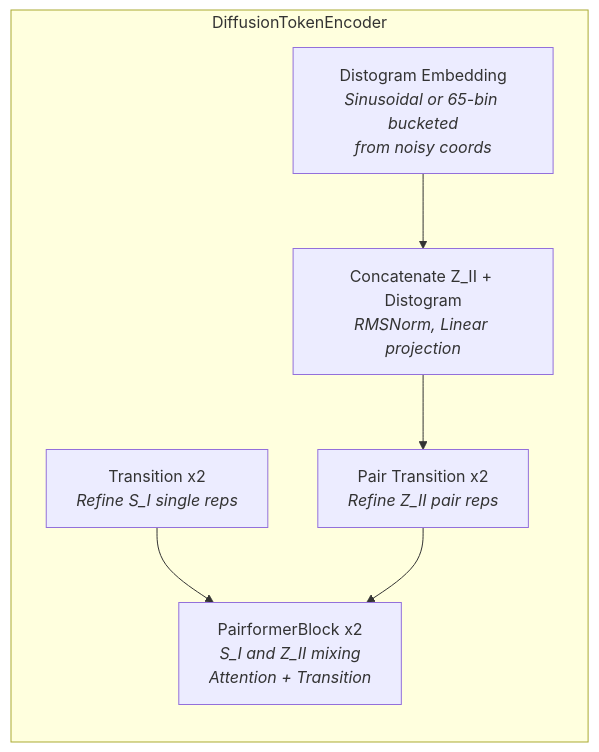
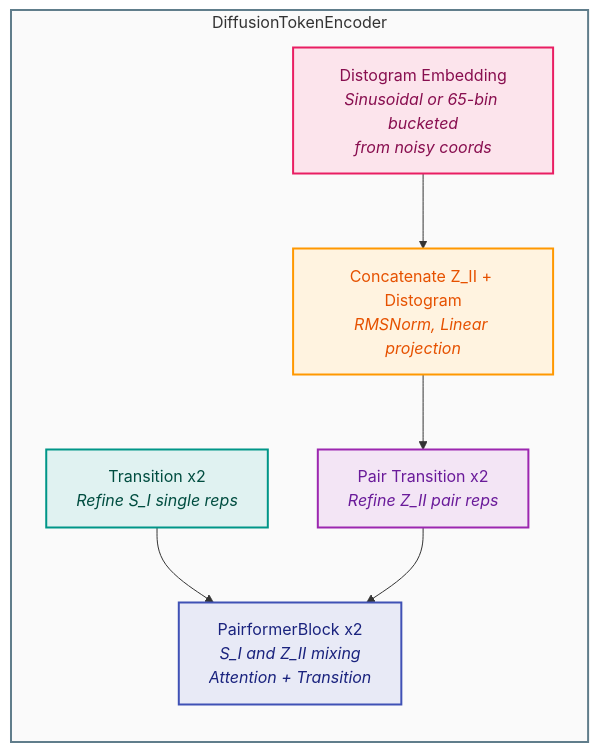
Before and after one commit to RTae/foundry: the fifth of 5 diagrams in models/rfd3/RFD3_architecture_mermaid.md, drawn with Mermaid. The commit also changed other lines of this file, not shown here.

Commit message:
refactor: enhance styling for clarity in RFD3 model architecture diagrams

````diff
--- a/models/rfd3/RFD3_architecture_mermaid.md
+++ b/models/rfd3/RFD3_architecture_mermaid.md
@@ -132,13 +167,20 @@
 ```mermaid
 flowchart TD
     subgraph DiffusionTokenEncoder["DiffusionTokenEncoder"]
         direction TB
         D1[Transition x2<br><i>Refine S_I single reps</i>]
         D2[Distogram Embedding<br><i>Sinusoidal or 65-bin bucketed<br>from noisy coords</i>]
         D3[Concatenate Z_II + Distogram<br><i>RMSNorm, Linear projection</i>]
         D4[Pair Transition x2<br><i>Refine Z_II pair reps</i>]
         D5[PairformerBlock x2<br><i>S_I and Z_II mixing<br>Attention + Transition</i>]
         D1 --> D5
         D2 --> D3 --> D4 --> D5
     end
+
+    style D1 fill:#e0f2f1,stroke:#009688,stroke-width:2px,color:#004D40
+    style D2 fill:#fce4ec,stroke:#E91E63,stroke-width:2px,color:#880E4F
+    style D3 fill:#fff3e0,stroke:#FF9800,stroke-width:2px,color:#E65100
+    style D4 fill:#f3e5f5,stroke:#9C27B0,stroke-width:2px,color:#6A1B9A
+    style D5 fill:#e8eaf6,stroke:#3F51B5,stroke-width:2px,color:#1A237E
+    style DiffusionTokenEncoder fill:#fafafa,stroke:#607D8B,stroke-width:2px
 ```
````
